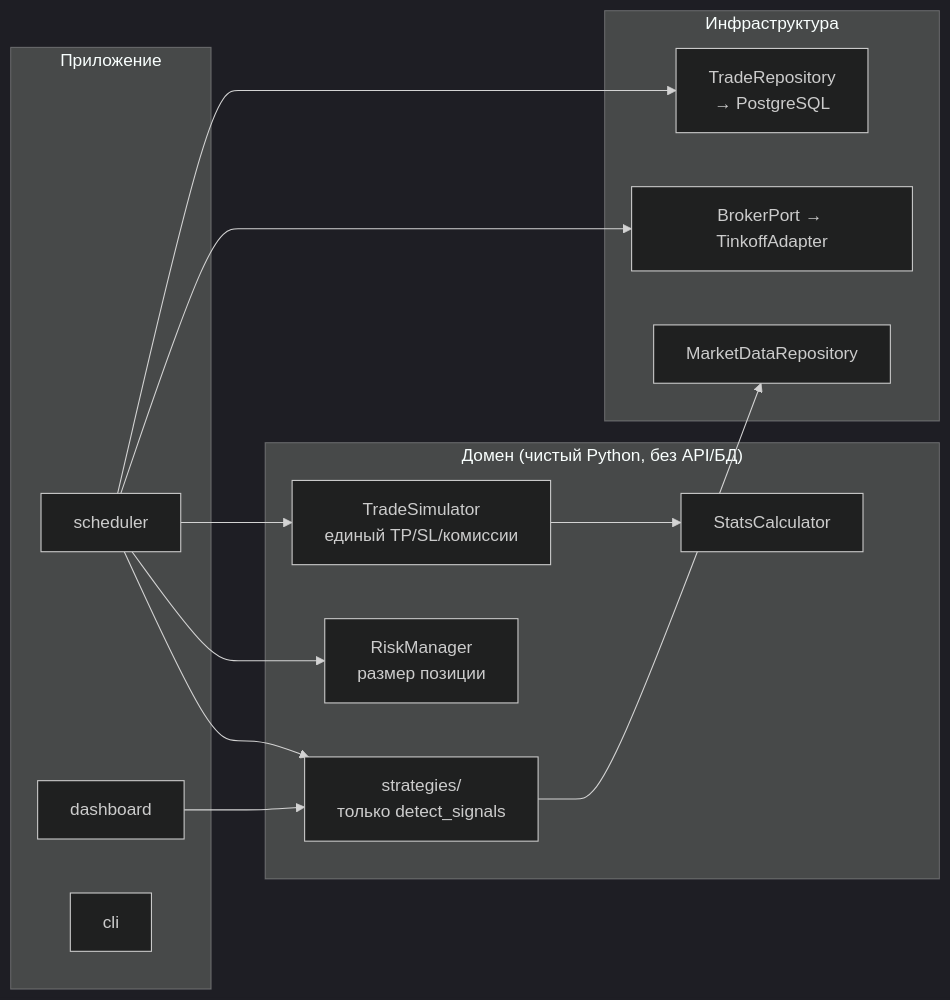
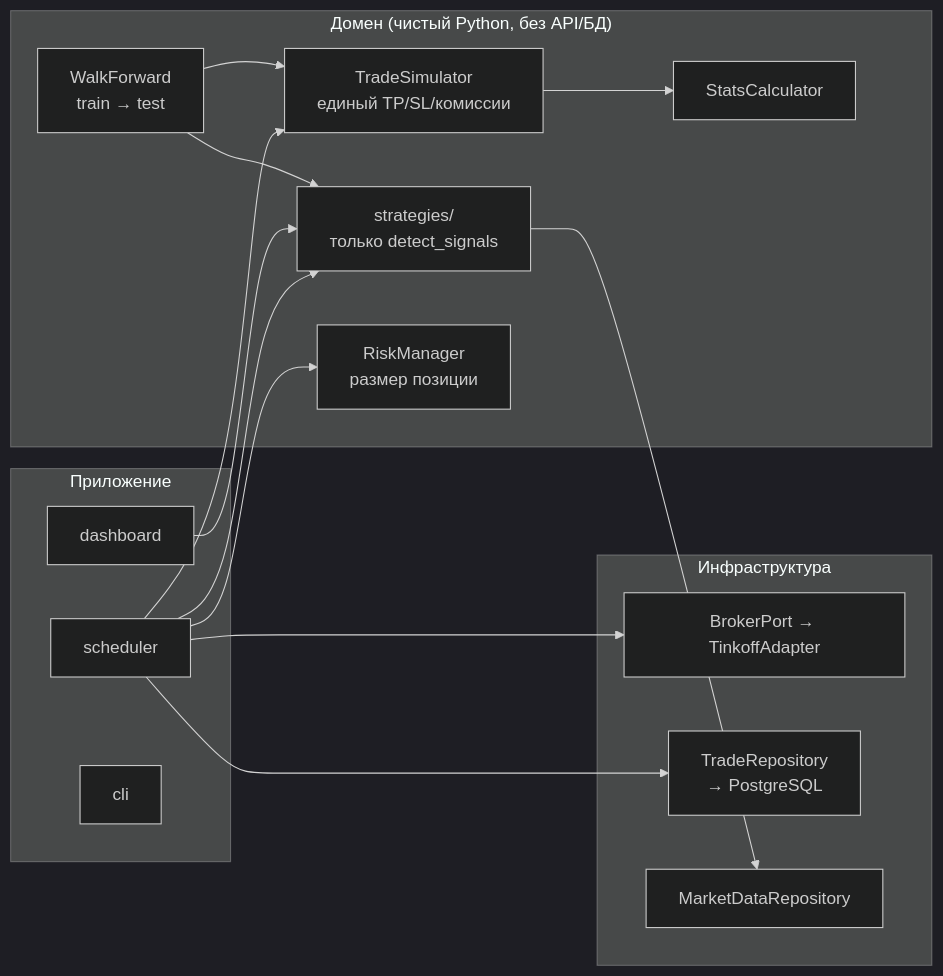
The third of 3 diagrams in docs/ARCHITECTURE.md (dmuzzza/Selima), drawn with Mermaid (dark theme) before and after one commit. The commit also changed other lines of this file and 9 other files, not shown here.

First line of the commit message:
feat(backtest): add walk-forward validation with out-of-sample evaluation (T2-8)

````diff
--- a/docs/ARCHITECTURE.md
+++ b/docs/ARCHITECTURE.md
@@ -525,28 +532,31 @@
 ```mermaid
 flowchart LR
     subgraph app["Приложение"]
         SCHED[scheduler]
         DASH[dashboard]
         CLI[cli]
     end
     subgraph domain["Домен (чистый Python, без API/БД)"]
         STRAT["strategies/<br/>только detect_signals"]
         EXEC["TradeSimulator<br/>единый TP/SL/комиссии"]
+        WF["WalkForward<br/>train → test"]
         RISK["RiskManager<br/>размер позиции"]
         STATS[StatsCalculator]
     end
     subgraph infra["Инфраструктура"]
         BROKER["BrokerPort → TinkoffAdapter"]
         REPO["TradeRepository<br/>→ PostgreSQL"]
         MKT[MarketDataRepository]
     end
 
     SCHED --> STRAT
     SCHED --> RISK
     SCHED --> EXEC
     DASH --> STRAT
     STRAT --> MKT
     EXEC --> STATS
+    WF --> STRAT
+    WF --> EXEC
     SCHED --> BROKER
     SCHED --> REPO
 ```
````
